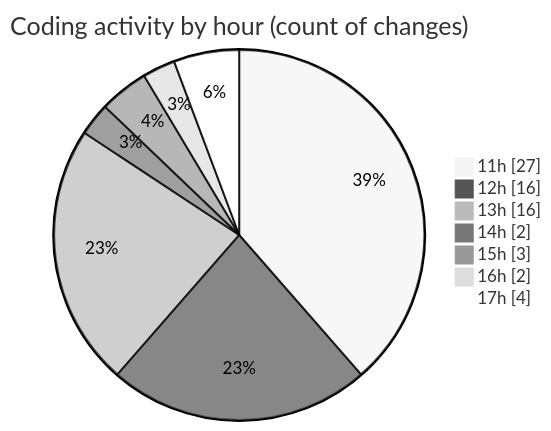
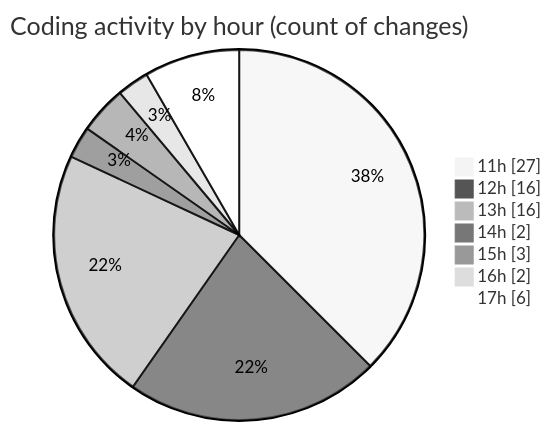
One commit to MatusMokan/code-tracking changed the second of 2 diagrams in 2025-04-18/myws__workspace_/README.md. Above: the diagram before and after it, drawn with Mermaid (neutral theme). The commit also changed other lines of this file and 1 other file, not shown here.

````diff
--- a/2025-04-18/myws__workspace_/README.md
+++ b/2025-04-18/myws__workspace_/README.md
@@ -30,11 +30,11 @@
 ```mermaid
 pie showData
 title Coding activity by hour (count of changes)
 "11h" : 27
 "12h" : 16
 "13h" : 16
 "14h" : 2
 "15h" : 3
 "16h" : 2
-"17h" : 4
+"17h" : 6
 ```
````
